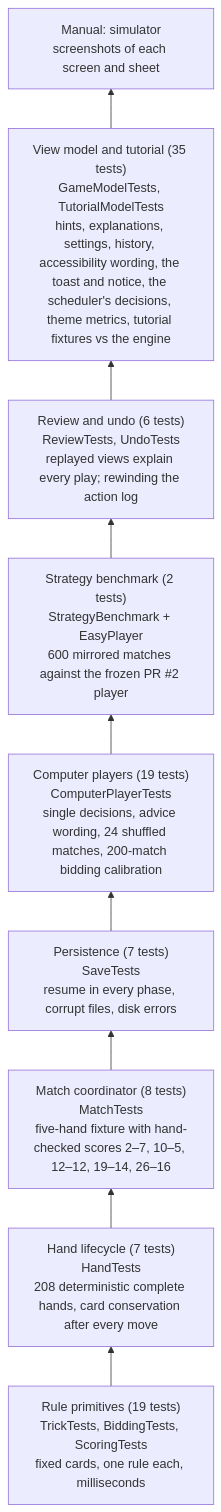
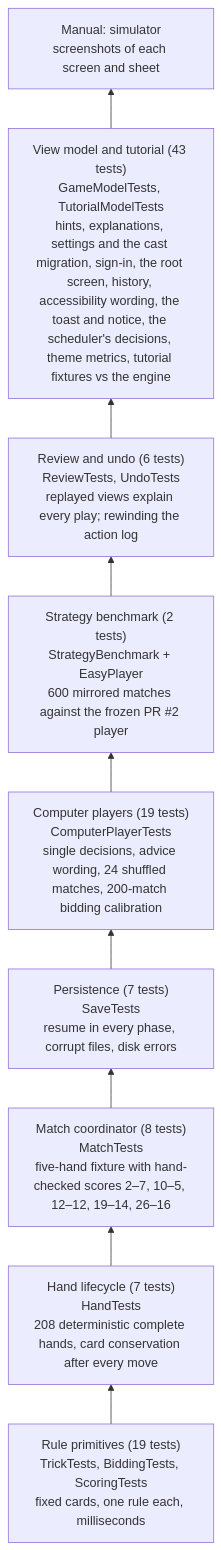
One commit to cmurphy1140/catch-5 changed the first of 2 diagrams in docs/testing.md. Above: the diagram before and after it, drawn with Mermaid. The commit also changed other lines of this file and 36 other files, not shown here.

First line of the commit message:
Cast of characters, one-time sign-in, intro and welcome card (#22)

````diff
--- a/docs/testing.md
+++ b/docs/testing.md
@@ -40,13 +40,13 @@
 ```mermaid
 flowchart BT
     L1["Rule primitives (19 tests)<br/>TrickTests, BiddingTests, ScoringTests<br/>fixed cards, one rule each, milliseconds"]
     L2["Hand lifecycle (7 tests)<br/>HandTests<br/>208 deterministic complete hands, card conservation after every move"]
     L3["Match coordinator (8 tests)<br/>MatchTests<br/>five-hand fixture with hand-checked scores 2–7, 10–5, 12–12, 19–14, 26–16"]
     L4["Persistence (7 tests)<br/>SaveTests<br/>resume in every phase, corrupt files, disk errors"]
     L5["Computer players (19 tests)<br/>ComputerPlayerTests<br/>single decisions, advice wording, 24 shuffled matches, 200-match bidding calibration"]
     L5b["Strategy benchmark (2 tests)<br/>StrategyBenchmark + EasyPlayer<br/>600 mirrored matches against the frozen PR #2 player"]
     L5c["Review and undo (6 tests)<br/>ReviewTests, UndoTests<br/>replayed views explain every play; rewinding the action log"]
-    L6["View model and tutorial (35 tests)<br/>GameModelTests, TutorialModelTests<br/>hints, explanations, settings, history, accessibility wording, the toast and notice, the scheduler's decisions, theme metrics, tutorial fixtures vs the engine"]
+    L6["View model and tutorial (43 tests)<br/>GameModelTests, TutorialModelTests<br/>hints, explanations, settings and the cast migration, sign-in, the root screen, history, accessibility wording, the toast and notice, the scheduler's decisions, theme metrics, tutorial fixtures vs the engine"]
     L7["Manual: simulator<br/>screenshots of each screen and sheet"]
     L1 --> L2 --> L3 --> L4 --> L5 --> L5b --> L5c --> L6 --> L7
 ```
````
